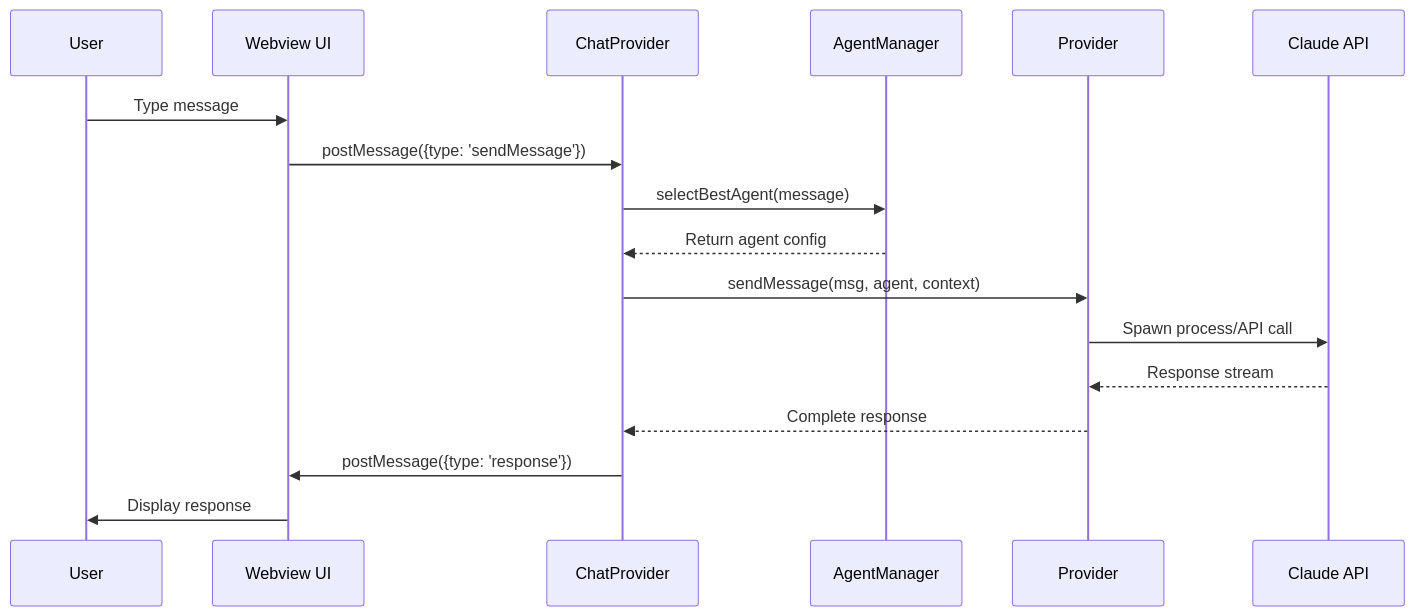
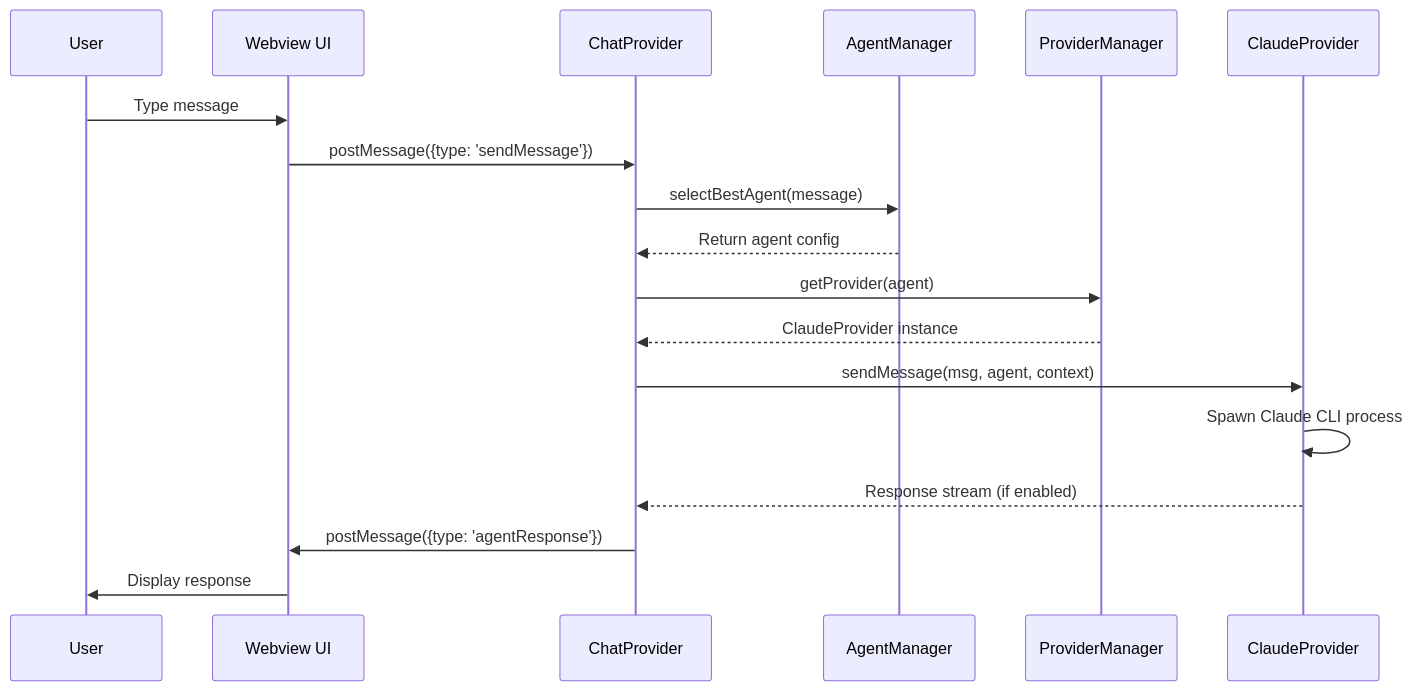
Before and after one commit to craig-yappert/multi-agent-chat-extension: the second of 6 diagrams in docs/ARCHITECTURE_DIAGRAM.md, drawn with Mermaid. The commit also changed other lines of this file, not shown here.

First line of the commit message:
docs: Update ARCHITECTURE_DIAGRAM.md to v1.13.0 accuracy

````diff
--- a/docs/ARCHITECTURE_DIAGRAM.md
+++ b/docs/ARCHITECTURE_DIAGRAM.md
@@ -98,20 +115,21 @@
 ```mermaid
 sequenceDiagram
     participant User
     participant UI as Webview UI
     participant Chat as ChatProvider
     participant Agent as AgentManager
-    participant Provider as Provider
-    participant Claude as Claude API
+    participant Provider as ProviderManager
+    participant Claude as ClaudeProvider
 
     User->>UI: Type message
     UI->>Chat: postMessage({type: 'sendMessage'})
     Chat->>Agent: selectBestAgent(message)
     Agent-->>Chat: Return agent config
-    Chat->>Provider: sendMessage(msg, agent, context)
-    Provider->>Claude: Spawn process/API call
-    Claude-->>Provider: Response stream
-    Provider-->>Chat: Complete response
-    Chat->>UI: postMessage({type: 'response'})
+    Chat->>Provider: getProvider(agent)
+    Provider-->>Chat: ClaudeProvider instance
+    Chat->>Claude: sendMessage(msg, agent, context)
+    Claude->>Claude: Spawn Claude CLI process
+    Claude-->>Chat: Response stream (if enabled)
+    Chat->>UI: postMessage({type: 'agentResponse'})
     UI->>User: Display response
 ```
````
